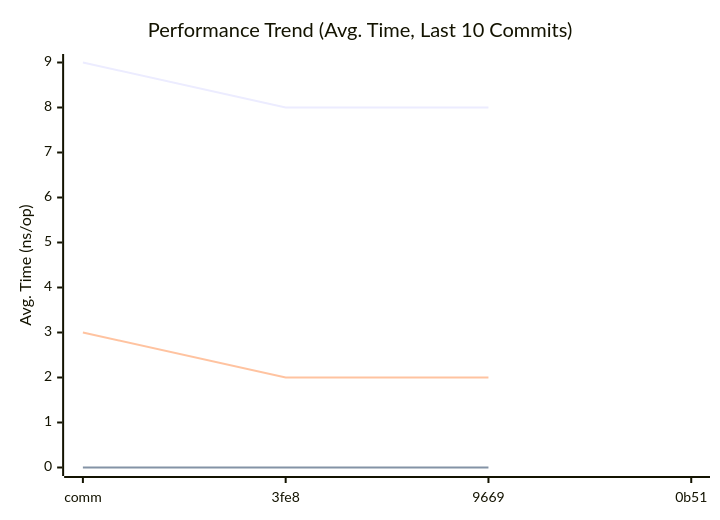
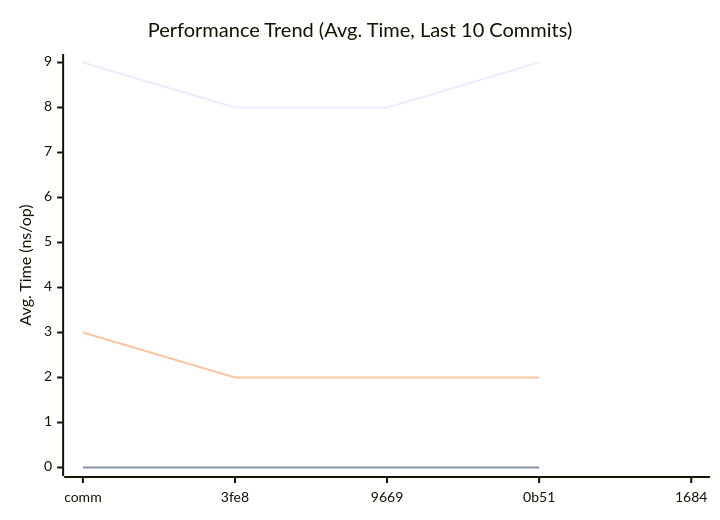
The first of 3 diagrams in doc/README.md (alsotoes/momo), drawn with Mermaid before and after one commit. The commit also changed other lines of this file and 1 other file, not shown here.

````diff
--- a/doc/README.md
+++ b/doc/README.md
@@ -281,11 +290,10 @@
 ```mermaid
 xychart-beta
     title "Performance Trend (Avg. Time, Last 10 Commits)"
     x-axis "Commit"
     y-axis "Avg. Time (ns/op)"
-    x-axis [comm,3fe8,9669,0b51]
-
-    line "CheckMetricsAndSwap" [9,8,8]
-    line "IndexDirectTracking" [0,0,0]
-    line "IndexSearch" [3,2,2]
+    x-axis [comm,3fe8,9669,0b51,1684]
+    line "CheckMetricsAndSwap" [9,8,8,9]
+    line "IndexDirectTracking" [0,0,0,0]
+    line "IndexSearch" [3,2,2,2]
 ```
````
